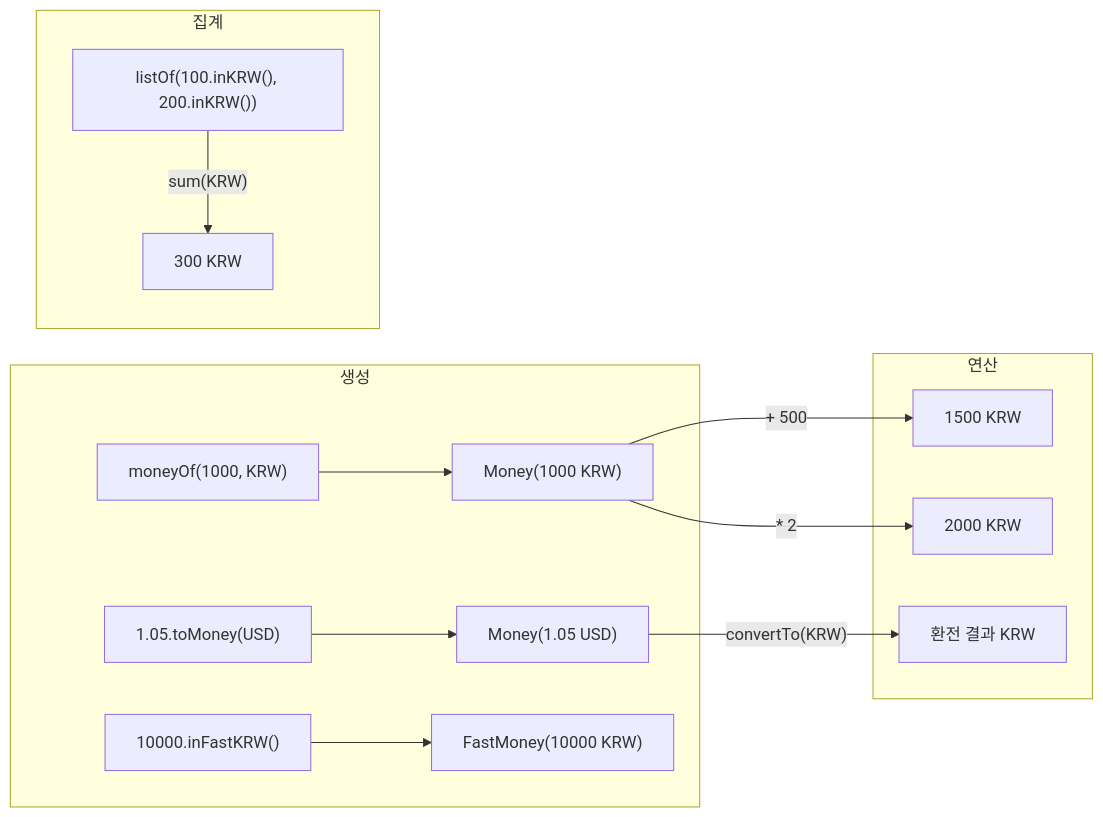
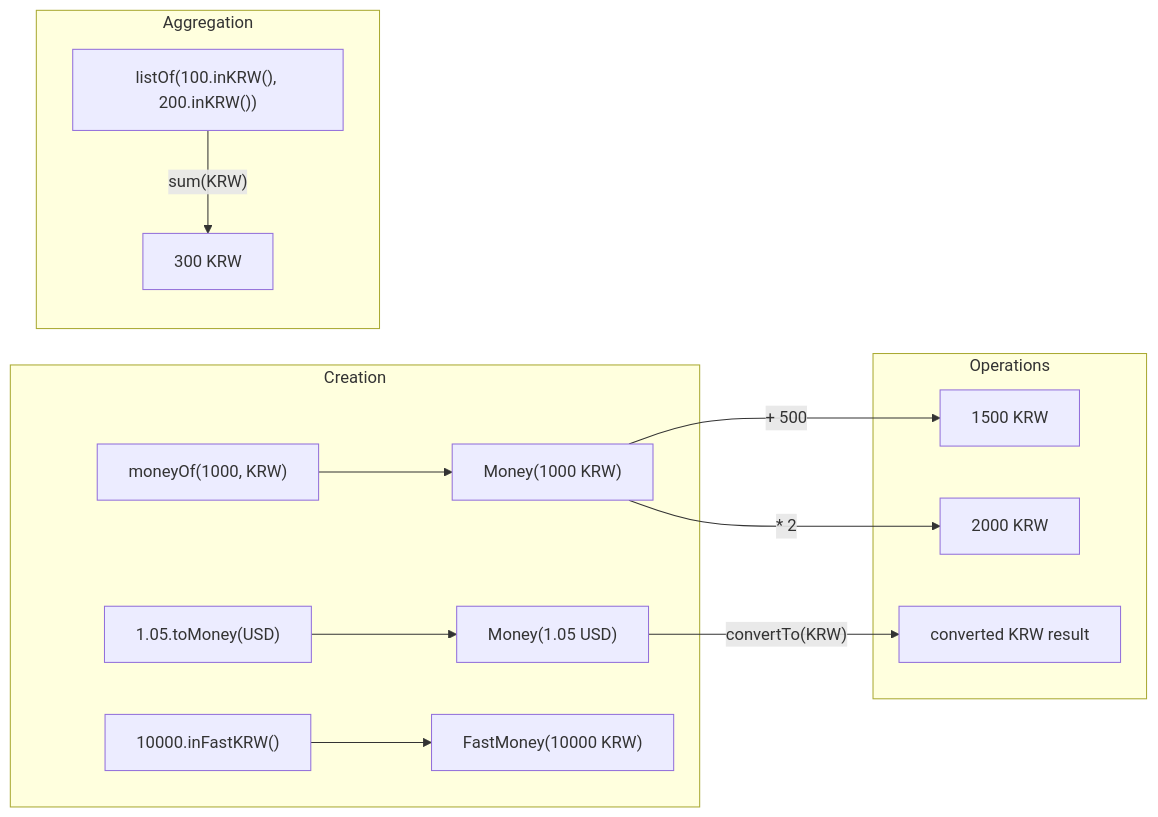
One commit to bluetape4k/bluetape4k-projects changed the second of 2 diagrams in utils/money/README.md. Above: the diagram before and after it, drawn with Mermaid. The commit also changed other lines of this file and 265 other files, not shown here.

````diff
--- a/utils/money/README.md
+++ b/utils/money/README.md
@@ -286,18 +288,18 @@
 ```mermaid
 flowchart LR
-    subgraph 생성
+    subgraph Creation
         A["moneyOf(1000, KRW)"] --> M1["Money(1000 KRW)"]
         B["1.05.toMoney(USD)"] --> M2["Money(1.05 USD)"]
         C["10000.inFastKRW()"] --> FM["FastMoney(10000 KRW)"]
     end
 
-    subgraph 연산
+    subgraph Operations
         M1 -->|"+ 500"| R1["1500 KRW"]
         M1 -->|"* 2"| R2["2000 KRW"]
-        M2 -->|"convertTo(KRW)"| R3["환전 결과 KRW"]
+        M2 -->|"convertTo(KRW)"| R3["converted KRW result"]
     end
 
-    subgraph 집계
+    subgraph Aggregation
         L["listOf(100.inKRW(), 200.inKRW())"] -->|"sum(KRW)"| TOTAL["300 KRW"]
     end
 ```
````
